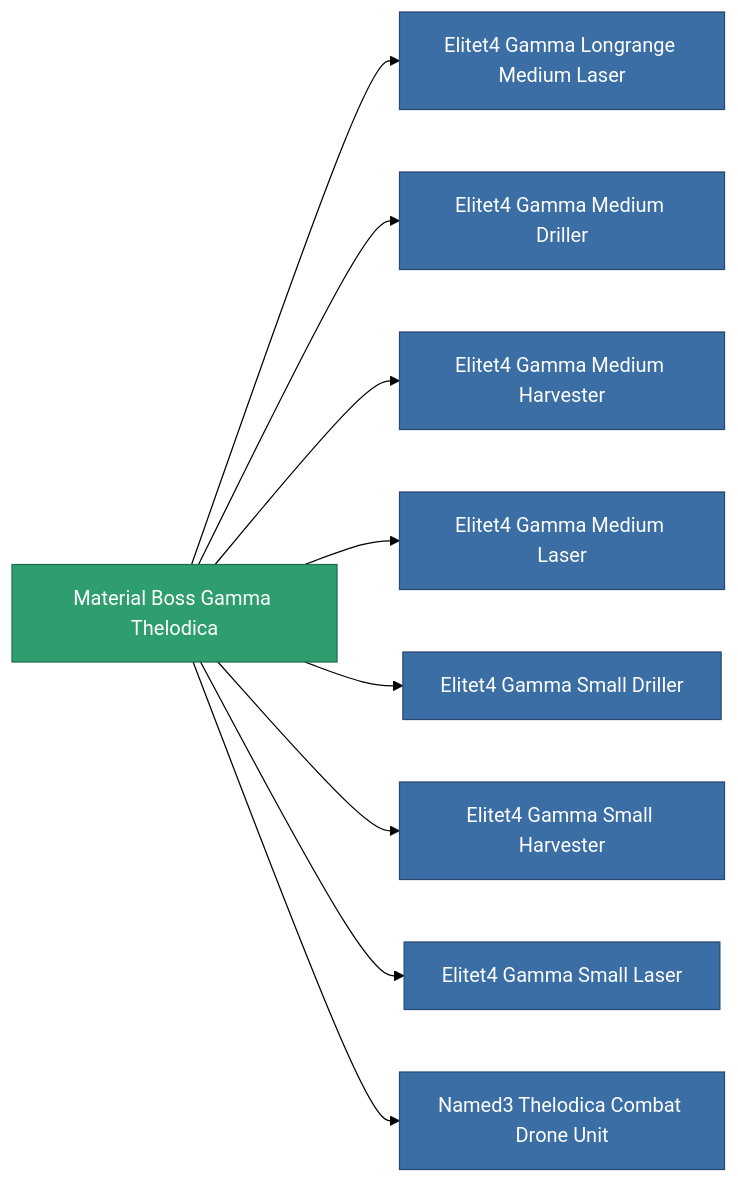
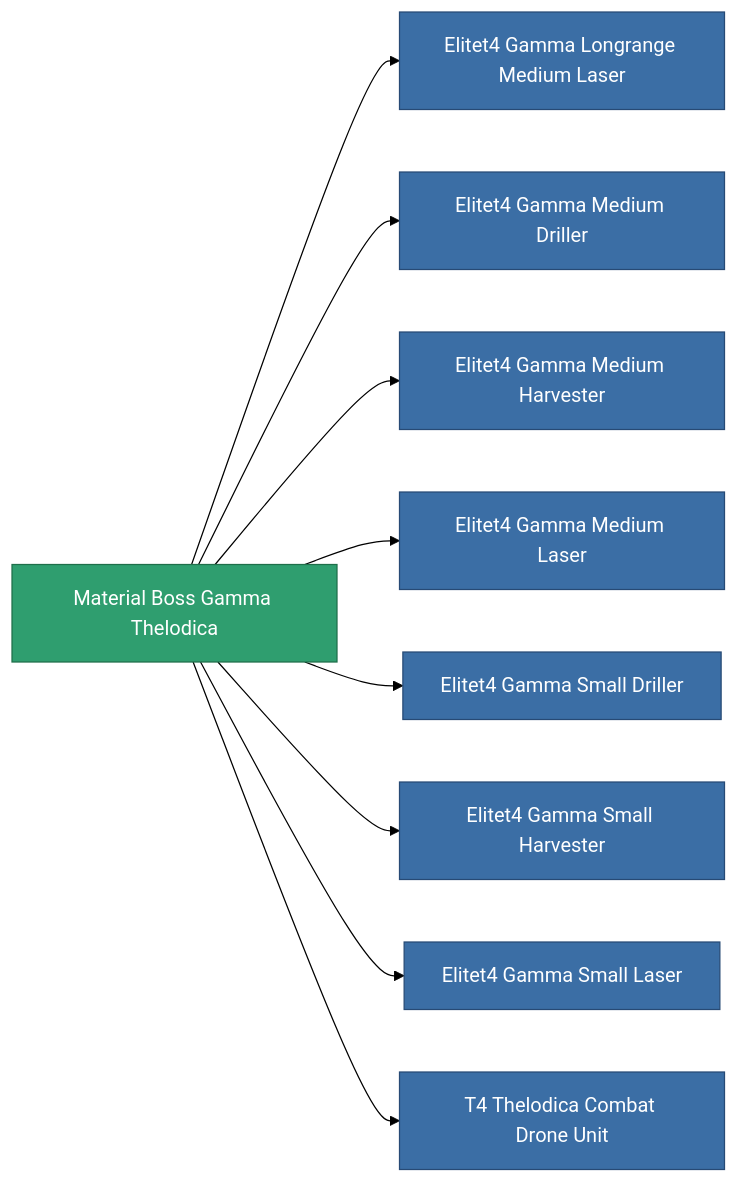
One commit to OpenPerpetuum/Wiki changed the diagram in content/content/items/material_boss_gamma_thelodica.md. Above: the diagram before and after it, drawn with Mermaid (forest theme). The commit also changed other lines of this file and 4904 other files, not shown here.

````diff
--- a/content/content/items/material_boss_gamma_thelodica.md
+++ b/content/content/items/material_boss_gamma_thelodica.md
@@ -28,31 +28,31 @@
 ```mermaid
 graph LR
     a["Material Boss Gamma Thelodica"]:::current
     b["Elitet4 Gamma Longrange Medium Laser"]:::prod
     a --> b
     click b "/content/items/elitet4-gamma-longrange-medium-laser/" "Elitet4 Gamma Longrange Medium Laser"
     c["Elitet4 Gamma Medium Driller"]:::prod
     a --> c
     click c "/content/items/elitet4-gamma-medium-driller/" "Elitet4 Gamma Medium Driller"
     d["Elitet4 Gamma Medium Harvester"]:::prod
     a --> d
     click d "/content/items/elitet4-gamma-medium-harvester/" "Elitet4 Gamma Medium Harvester"
     e["Elitet4 Gamma Medium Laser"]:::prod
     a --> e
     click e "/content/items/elitet4-gamma-medium-laser/" "Elitet4 Gamma Medium Laser"
     f["Elitet4 Gamma Small Driller"]:::prod
     a --> f
     click f "/content/items/elitet4-gamma-small-driller/" "Elitet4 Gamma Small Driller"
     g["Elitet4 Gamma Small Harvester"]:::prod
     a --> g
     click g "/content/items/elitet4-gamma-small-harvester/" "Elitet4 Gamma Small Harvester"
     h["Elitet4 Gamma Small Laser"]:::prod
     a --> h
     click h "/content/items/elitet4-gamma-small-laser/" "Elitet4 Gamma Small Laser"
-    i["Named3 Thelodica Combat Drone Unit"]:::prod
+    i["T4 Thelodica Combat Drone Unit"]:::prod
     a --> i
-    click i "/content/items/named3-thelodica-combat-drone-unit/" "Named3 Thelodica Combat Drone Unit"
+    click i "/content/items/named3-thelodica-combat-drone-unit/" "T4 Thelodica Combat Drone Unit"
     classDef current fill:#2f9e6f,stroke:#1f6f4a,color:#ffffff
     classDef prod fill:#3b6ea5,stroke:#274a75,color:#ffffff
     classDef more fill:#39445a,stroke:#54658a,color:#d5dbe8
 ```
````
